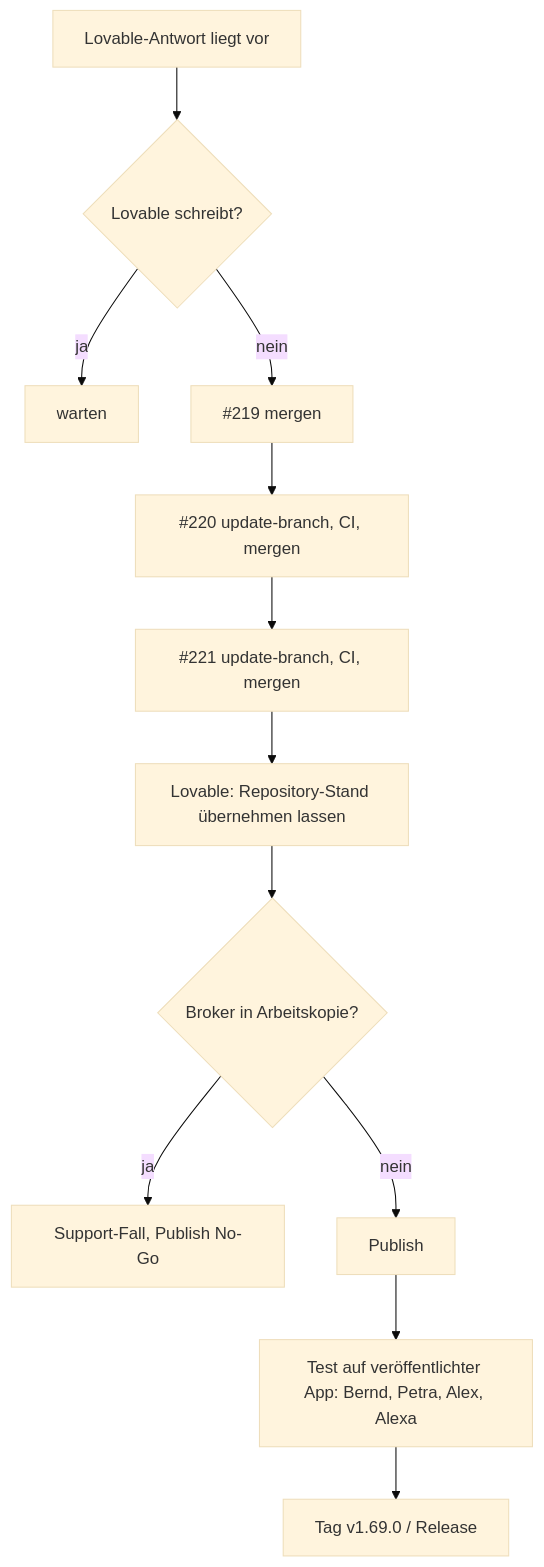
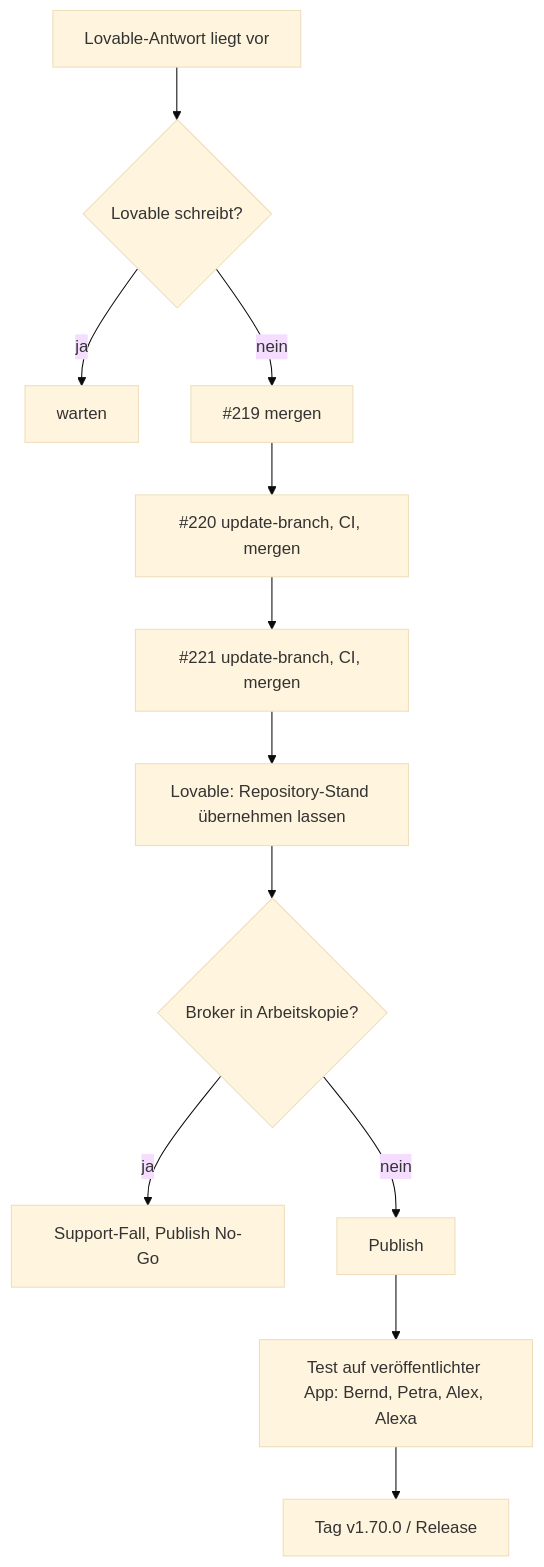
The diagram in docs/MERGE-CHECKLISTE-GOLDEN-GATE.md (bmarnau/sysingdashboard), drawn with Mermaid (base theme) before and after one commit. The commit also changed 8 other files, not shown here.

````diff
--- a/docs/MERGE-CHECKLISTE-GOLDEN-GATE.md
+++ b/docs/MERGE-CHECKLISTE-GOLDEN-GATE.md
@@ -23,14 +23,14 @@
 ```mermaid
 flowchart TD
   A[Lovable-Antwort liegt vor] --> B{Lovable schreibt?}
   B -- ja --> W[warten]
   B -- nein --> C[#219 mergen]
   C --> D[#220 update-branch, CI, mergen]
   D --> E[#221 update-branch, CI, mergen]
   E --> F[Lovable: Repository-Stand übernehmen lassen]
   F --> G{Broker in Arbeitskopie?}
   G -- ja --> H[Support-Fall, Publish No-Go]
   G -- nein --> I[Publish]
   I --> J[Test auf veröffentlichter App: Bernd, Petra, Alex, Alexa]
-  J --> K[Tag v1.69.0 / Release]
+  J --> K[Tag v1.70.0 / Release]
 ```
````
